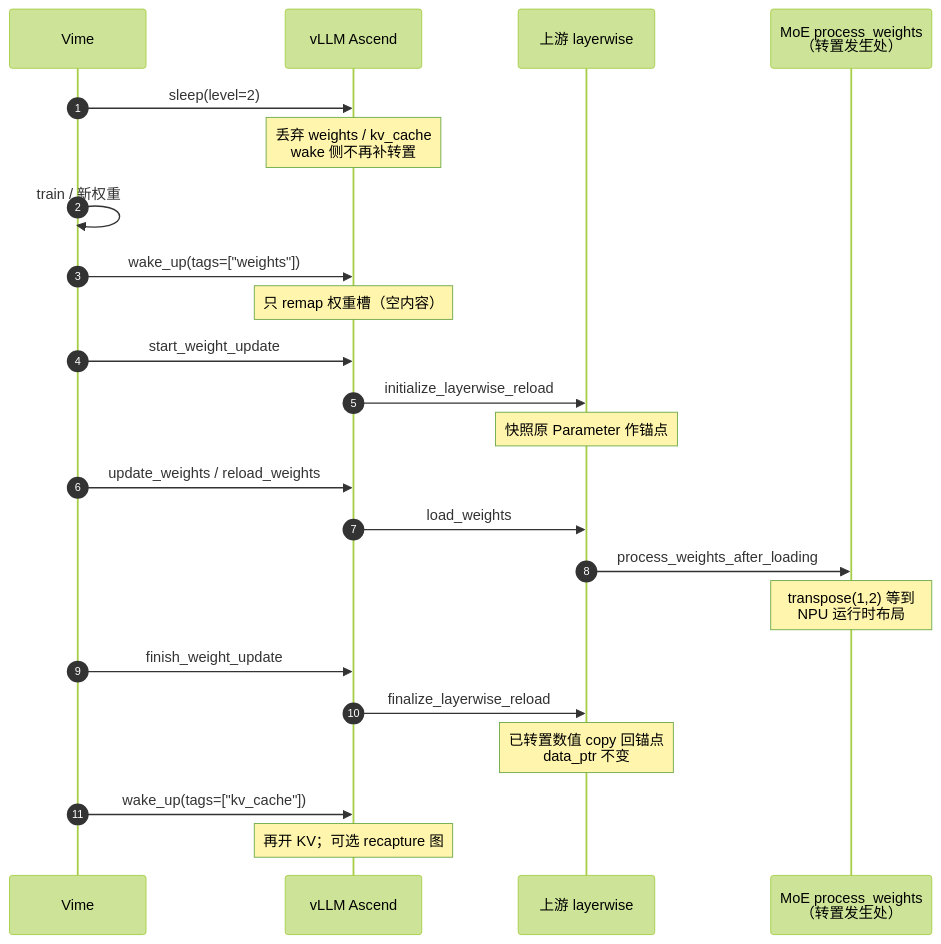
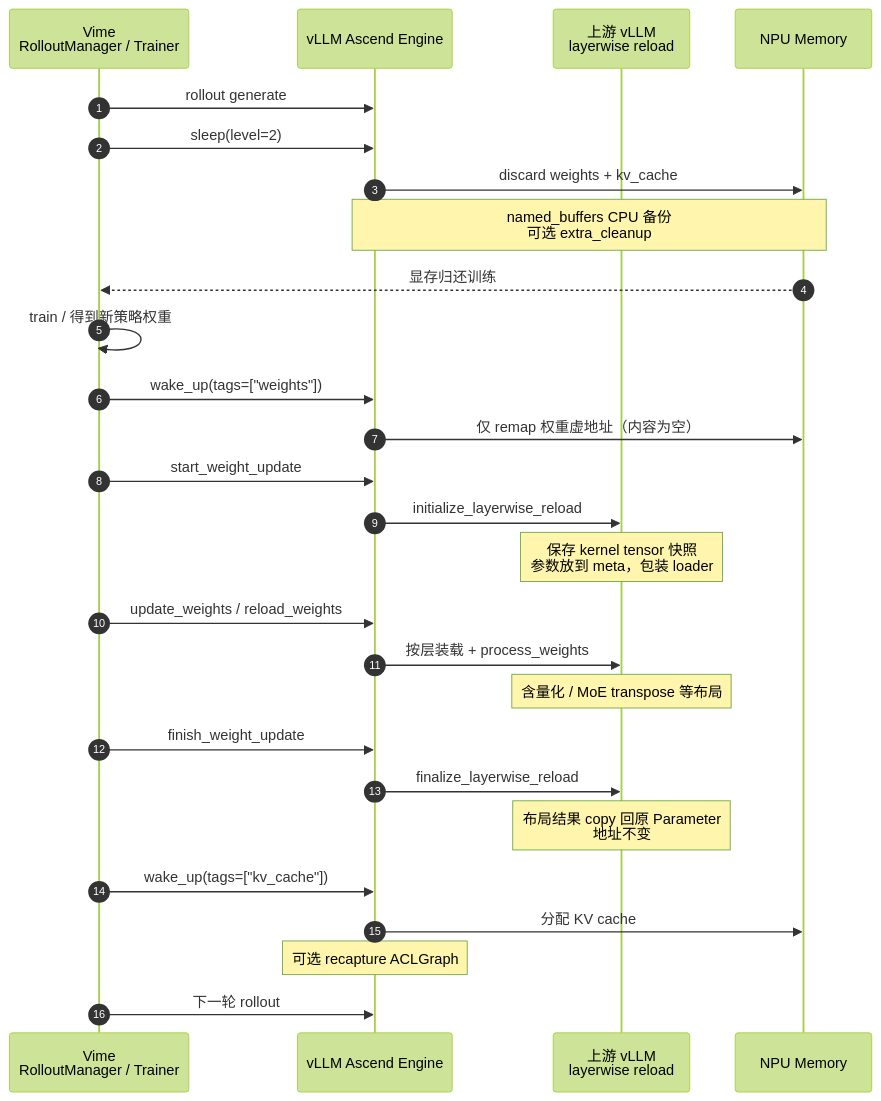
One commit to yjyang62/vllm-ascend changed the diagram in docs/source/user_guide/feature_guide/sleep_wakeup.md. Above: the diagram before and after it, drawn with Mermaid (forest theme). The commit also changed other lines of this file, not shown here.

First line of the commit message:
docs(sleep): restore sleep-mode flow as the share guide spine

````diff
--- a/docs/source/user_guide/feature_guide/sleep_wakeup.md
+++ b/docs/source/user_guide/feature_guide/sleep_wakeup.md
@@ -68,32 +37,36 @@
 ```mermaid
 sequenceDiagram
     autonumber
-    participant Vm as Vime
-    participant E as vLLM Ascend
-    participant U as 上游 layerwise
-    participant M as MoE process_weights<br/>（转置发生处）
+    participant Vm as Vime<br/>RolloutManager / Trainer
+    participant E as vLLM Ascend Engine
+    participant U as 上游 vLLM<br/>layerwise reload
+    participant N as NPU Memory
 
+    Vm->>E: rollout generate
     Vm->>E: sleep(level=2)
-    Note over E: 丢弃 weights / kv_cache<br/>wake 侧不再补转置
+    E->>N: discard weights + kv_cache
+    Note over E,N: named_buffers CPU 备份<br/>可选 extra_cleanup
+    N-->>Vm: 显存归还训练
 
-    Vm->>Vm: train / 新权重
+    Vm->>Vm: train / 得到新策略权重
 
     Vm->>E: wake_up(tags=["weights"])
-    Note over E: 只 remap 权重槽（空内容）
+    E->>N: 仅 remap 权重虚地址（内容为空）
 
     Vm->>E: start_weight_update
     E->>U: initialize_layerwise_reload
-    Note over U: 快照原 Parameter 作锚点
+    Note over U: 保存 kernel tensor 快照<br/>参数放到 meta，包装 loader
 
     Vm->>E: update_weights / reload_weights
-    E->>U: load_weights
-    U->>M: process_weights_after_loading
-    Note over M: transpose(1,2) 等到<br/>NPU 运行时布局
+    E->>U: 按层装载 + process_weights
+    Note over U: 含量化 / MoE transpose 等布局
 
     Vm->>E: finish_weight_update
     E->>U: finalize_layerwise_reload
-    Note over U: 已转置数值 copy 回锚点<br/>data_ptr 不变
+    Note over U: 布局结果 copy 回原 Parameter<br/>地址不变
 
     Vm->>E: wake_up(tags=["kv_cache"])
-    Note over E: 再开 KV；可选 recapture 图
+    E->>N: 分配 KV cache
+    Note over E: 可选 recapture ACLGraph
+    Vm->>E: 下一轮 rollout
 ```
````
